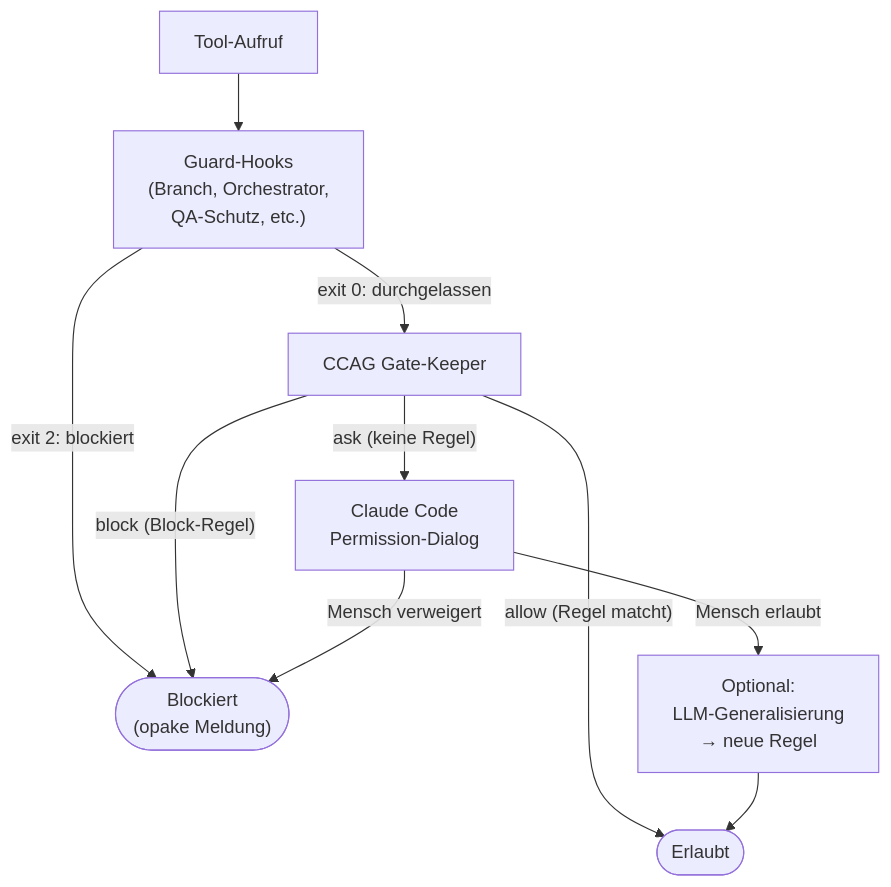
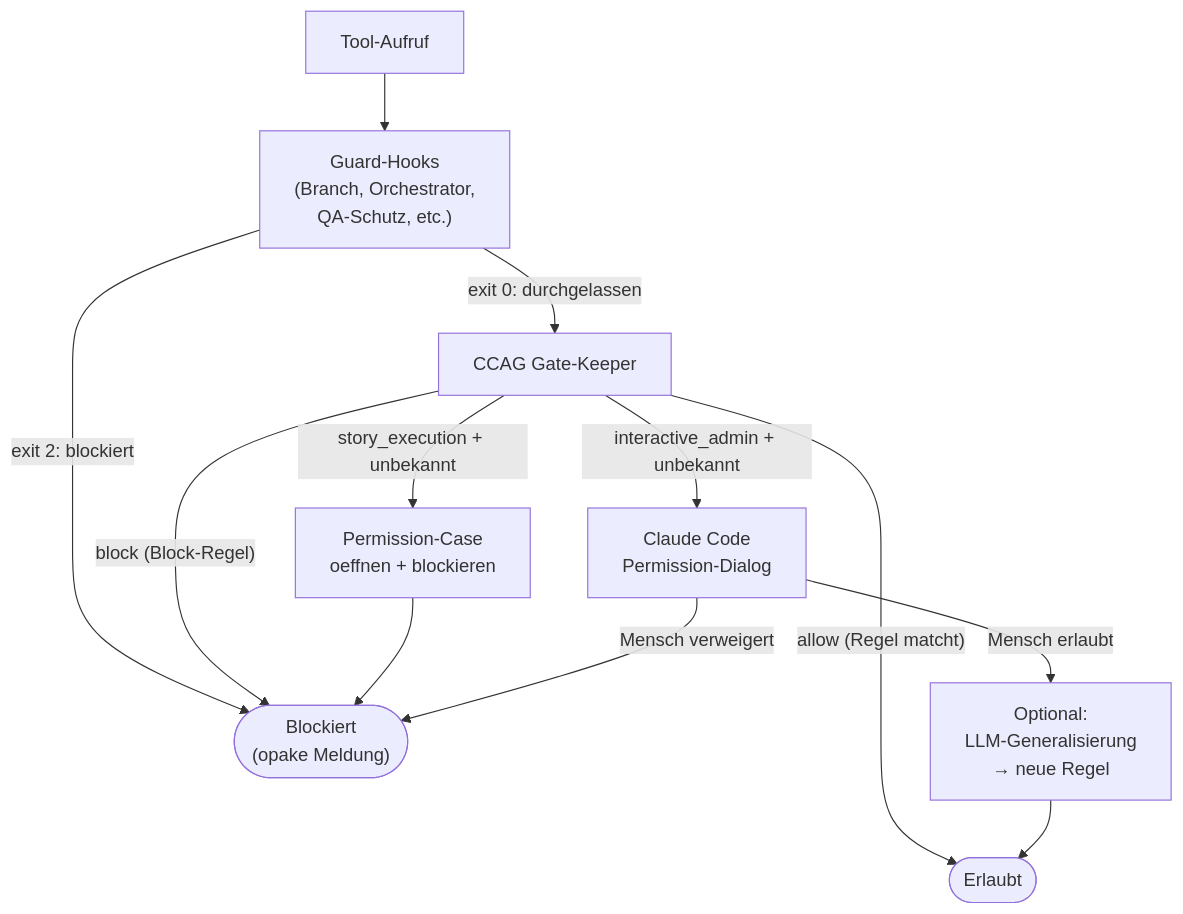
One commit to saltenhof/claude-agentkit3 changed the diagram in concept/technical-design/42_ccag_tool_governance_permission_runtime.md. Above: the diagram before and after it, drawn with Mermaid. The commit also changed other lines of this file and 102 other files, not shown here.

````diff
--- a/concept/technical-design/42_ccag_tool_governance_permission_runtime.md
+++ b/concept/technical-design/42_ccag_tool_governance_permission_runtime.md
@@ -244,14 +313,16 @@
 ```mermaid
 flowchart TD
     CALL["Tool-Aufruf"] --> GUARDS["Guard-Hooks<br/>(Branch, Orchestrator,<br/>QA-Schutz, etc.)"]
     GUARDS -->|"exit 2: blockiert"| BLOCKED(["Blockiert<br/>(opake Meldung)"])
     GUARDS -->|"exit 0: durchgelassen"| CCAG["CCAG Gate-Keeper"]
 
     CCAG -->|"allow (Regel matcht)"| PASS(["Erlaubt"])
     CCAG -->|"block (Block-Regel)"| BLOCKED
-    CCAG -->|"ask (keine Regel)"| CLAUDE["Claude Code<br/>Permission-Dialog"]
+    CCAG -->|"story_execution + unbekannt"| CASE["Permission-Case<br/>oeffnen + blockieren"]
+    CASE --> BLOCKED
+    CCAG -->|"interactive_admin + unbekannt"| CLAUDE["Claude Code<br/>Permission-Dialog"]
 
     CLAUDE -->|"Mensch erlaubt"| LEARN["Optional:<br/>LLM-Generalisierung<br/>→ neue Regel"]
     LEARN --> PASS
     CLAUDE -->|"Mensch verweigert"| BLOCKED
 ```
````
